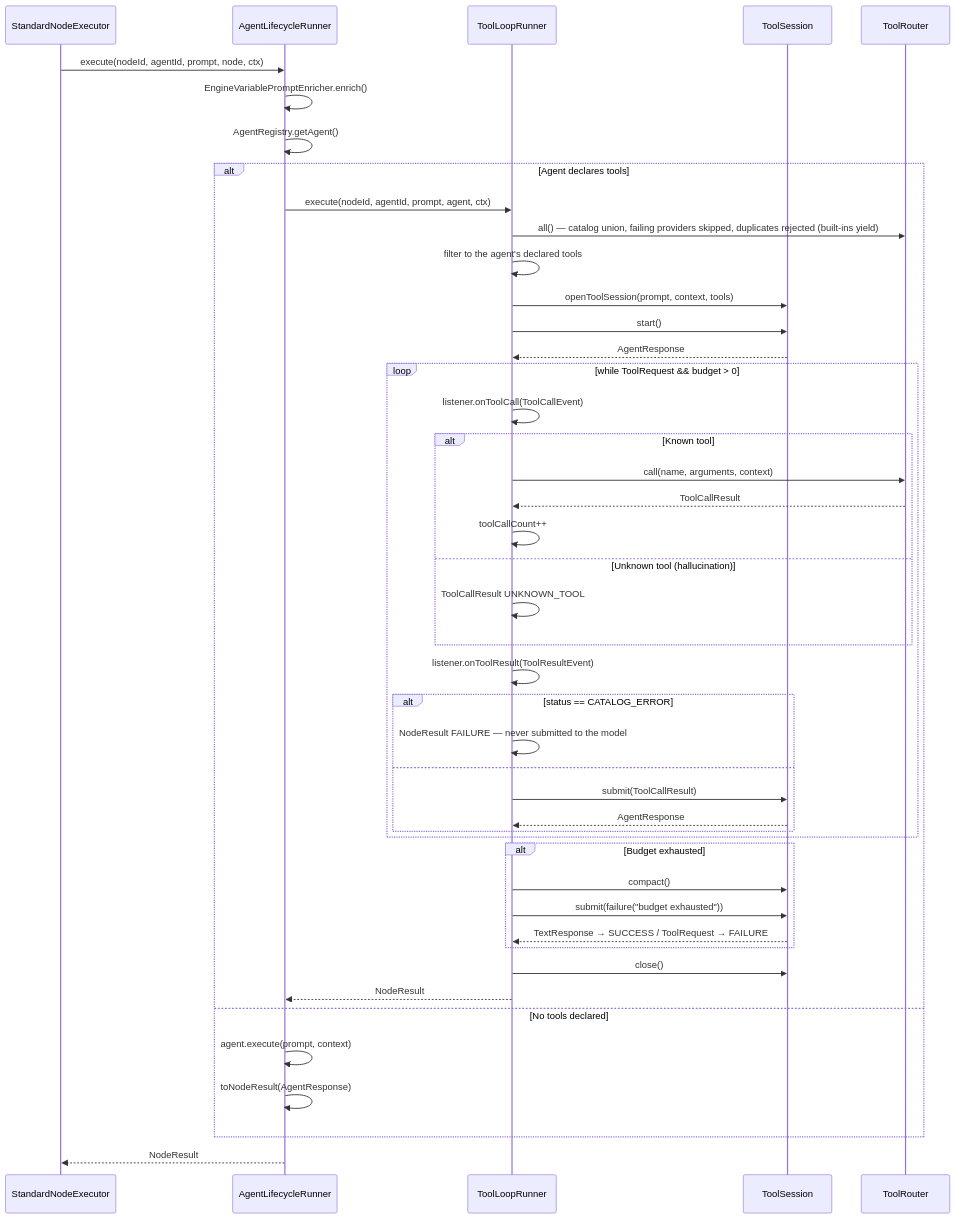
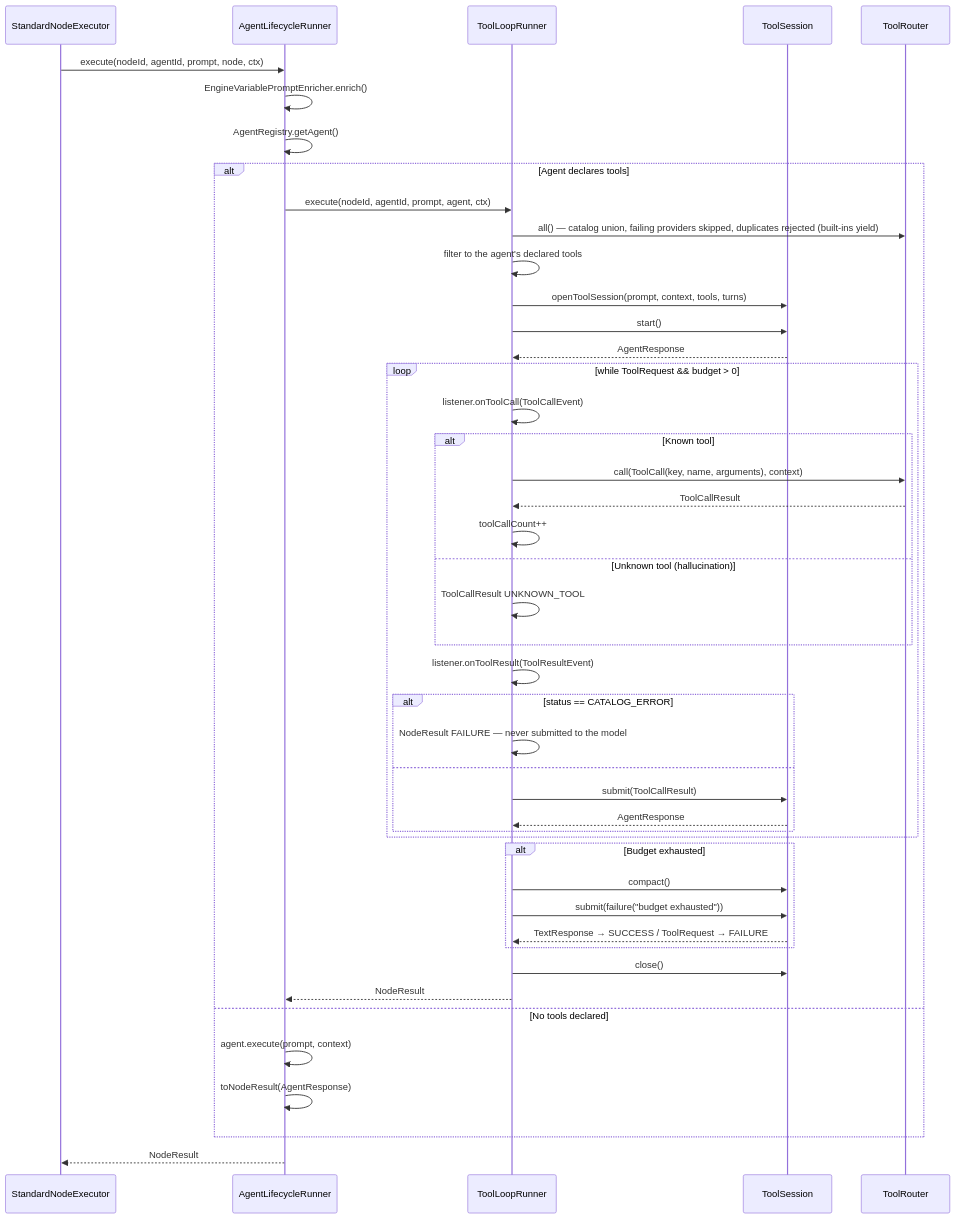
Before and after one commit to hensu-project/hensu: the third of 3 diagrams in docs/developer-guide-core.md, drawn with Mermaid. The commit also changed other lines of this file and 224 other files, not shown here.

````diff
--- a/docs/developer-guide-core.md
+++ b/docs/developer-guide-core.md
@@ -1006,54 +1036,54 @@
 ```mermaid
 sequenceDiagram
     participant SNE as StandardNodeExecutor
     participant ALR as AgentLifecycleRunner
     participant TLR as ToolLoopRunner
     participant TS as ToolSession
     participant TR as ToolRouter
 
     SNE->>ALR: execute(nodeId, agentId, prompt, node, ctx)
     ALR->>ALR: EngineVariablePromptEnricher.enrich()
     ALR->>ALR: AgentRegistry.getAgent()
 
     alt Agent declares tools
         ALR->>TLR: execute(nodeId, agentId, prompt, agent, ctx)
         TLR->>TR: all() — catalog union, failing providers skipped, duplicates rejected (built-ins yield)
         TLR->>TLR: filter to the agent's declared tools
-        TLR->>TS: openToolSession(prompt, context, tools)
+        TLR->>TS: openToolSession(prompt, context, tools, turns)
         TLR->>TS: start()
         TS-->>TLR: AgentResponse
 
         loop while ToolRequest && budget > 0
             TLR->>TLR: listener.onToolCall(ToolCallEvent)
             alt Known tool
-                TLR->>TR: call(name, arguments, context)
+                TLR->>TR: call(ToolCall(key, name, arguments), context)
                 TR-->>TLR: ToolCallResult
                 TLR->>TLR: toolCallCount++
             else Unknown tool (hallucination)
                 TLR->>TLR: ToolCallResult UNKNOWN_TOOL
             end
             TLR->>TLR: listener.onToolResult(ToolResultEvent)
             alt status == CATALOG_ERROR
                 TLR->>TLR: NodeResult FAILURE — never submitted to the model
             else
                 TLR->>TS: submit(ToolCallResult)
                 TS-->>TLR: AgentResponse
             end
         end
 
         alt Budget exhausted
             TLR->>TS: compact()
             TLR->>TS: submit(failure("budget exhausted"))
             TS-->>TLR: TextResponse → SUCCESS / ToolRequest → FAILURE
         end
 
         TLR->>TS: close()
         TLR-->>ALR: NodeResult
 
     else No tools declared
         ALR->>ALR: agent.execute(prompt, context)
         ALR->>ALR: toNodeResult(AgentResponse)
     end
 
     ALR-->>SNE: NodeResult
 ```
````
